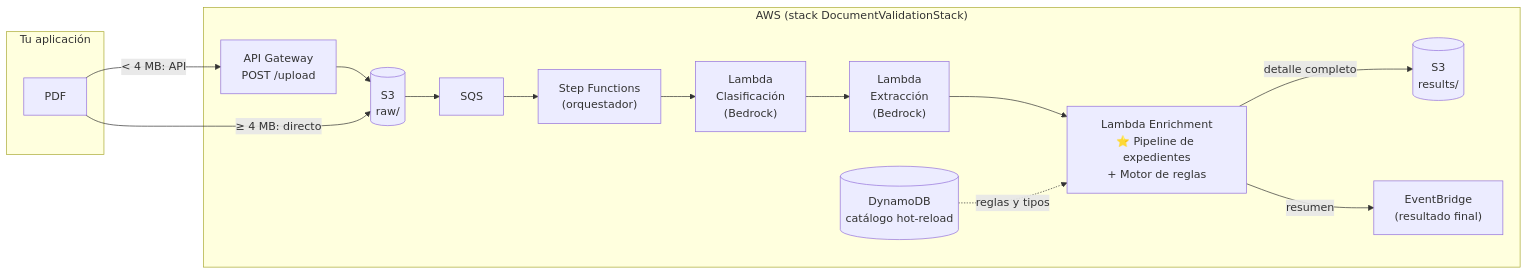
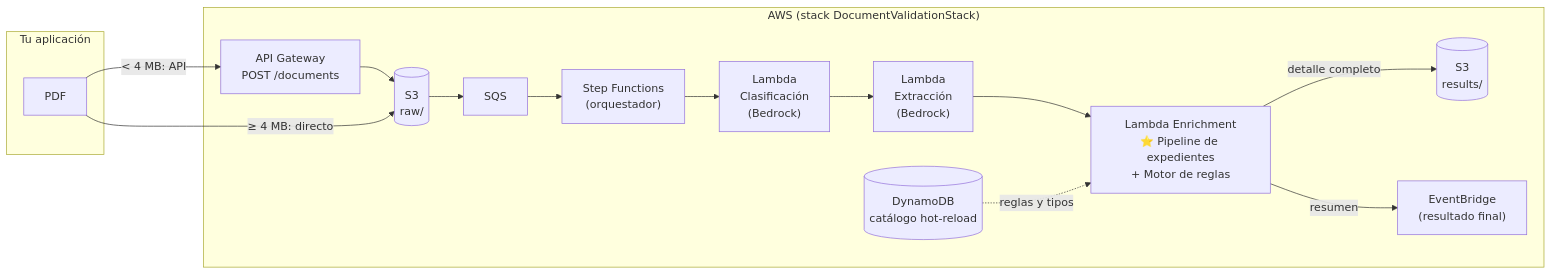
Before and after one commit to LuisHM5/idp: the first of 6 diagrams in documentacion/COMO_FUNCIONA.md, drawn with Mermaid. The commit also changed other lines of this file and 16 other files, not shown here.

First line of the commit message:
Refactor API endpoint from /upload to /documents

````diff
--- a/documentacion/COMO_FUNCIONA.md
+++ b/documentacion/COMO_FUNCIONA.md
@@ -17,27 +17,27 @@
 ```mermaid
 flowchart LR
     subgraph Cliente["Tu aplicación"]
         A[PDF]
     end
 
     subgraph AWS["AWS (stack DocumentValidationStack)"]
-        B["API Gateway<br/>POST /upload"]
+        B["API Gateway<br/>POST /documents"]
         C[("S3<br/>raw/")]
         D["SQS"]
         E["Step Functions<br/>(orquestador)"]
         F["Lambda<br/>Clasificación<br/>(Bedrock)"]
         G["Lambda<br/>Extracción<br/>(Bedrock)"]
         H["Lambda Enrichment<br/>⭐ Pipeline de expedientes<br/>+ Motor de reglas"]
         I[("S3<br/>results/")]
         J["EventBridge<br/>(resultado final)"]
         K[("DynamoDB<br/>catálogo hot-reload")]
     end
 
     A -->|"&lt; 4 MB: API"| B --> C
     A -->|"≥ 4 MB: directo"| C
     C --> D --> E
     E --> F --> G --> H
     H -->|detalle completo| I
     H -->|resumen| J
     K -.->|reglas y tipos| H
 ```
````
